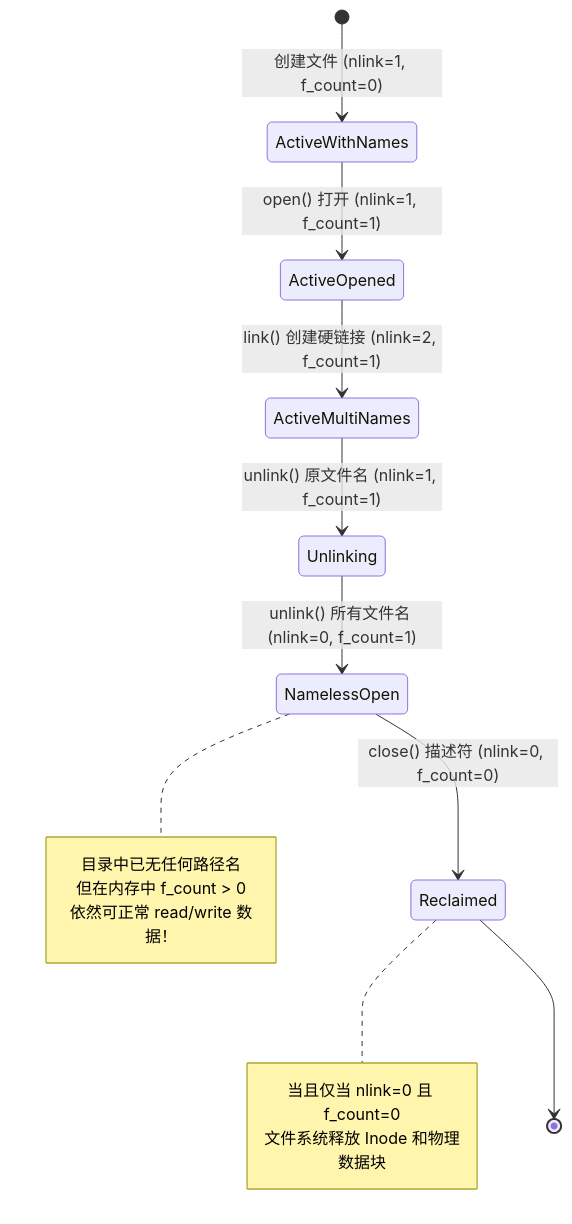
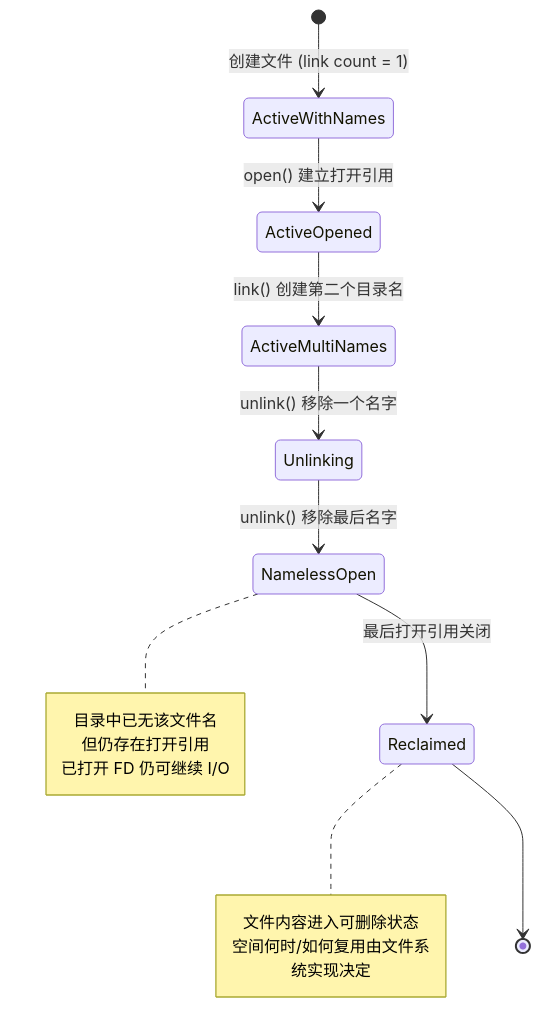
Before and after one commit to CN-JJB/essential-cs: the second of 2 diagrams in book/08-files-filesystems-io/L08-01.md, drawn with Mermaid. The commit also changed other lines of this file, not shown here.

Commit message:
Lead SIMPLE FIX: remove internal refcount formula from M08 learner model

````diff
--- a/book/08-files-filesystems-io/L08-01.md
+++ b/book/08-files-filesystems-io/L08-01.md
@@ -134,19 +134,19 @@
 ```mermaid
 stateDiagram-v2
-    [*] --> ActiveWithNames: 创建文件 (nlink=1, f_count=0)
-    ActiveWithNames --> ActiveOpened: open() 打开 (nlink=1, f_count=1)
-    ActiveOpened --> ActiveMultiNames: link() 创建硬链接 (nlink=2, f_count=1)
-    ActiveMultiNames --> Unlinking: unlink() 原文件名 (nlink=1, f_count=1)
-    Unlinking --> NamelessOpen: unlink() 所有文件名 (nlink=0, f_count=1)
+    [*] --> ActiveWithNames: 创建文件 (link count = 1)
+    ActiveWithNames --> ActiveOpened: open() 建立打开引用
+    ActiveOpened --> ActiveMultiNames: link() 创建第二个目录名
+    ActiveMultiNames --> Unlinking: unlink() 移除一个名字
+    Unlinking --> NamelessOpen: unlink() 移除最后名字
     note right of NamelessOpen
-      目录中已无任何路径名
-      但在内存中 f_count > 0
-      依然可正常 read/write 数据！
+      目录中已无该文件名
+      但仍存在打开引用
+      已打开 FD 仍可继续 I/O
     end note
-    NamelessOpen --> Reclaimed: close() 描述符 (nlink=0, f_count=0)
+    NamelessOpen --> Reclaimed: 最后打开引用关闭
     note right of Reclaimed
-      当且仅当 nlink=0 且 f_count=0
-      文件系统释放 Inode 和物理数据块
+      文件内容进入可删除状态
+      空间何时/如何复用由文件系统实现决定
     end note
     Reclaimed --> [*]
 ```
````
